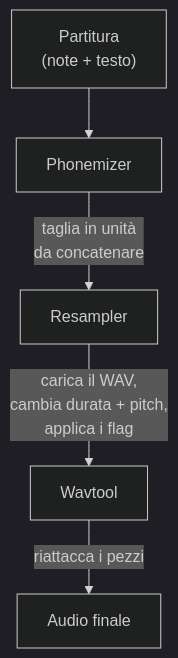
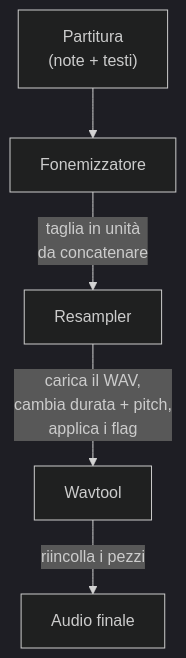
One commit to fox3000foxy/fox3000foxy.github.io changed the second of 2 diagrams in public/articles/it/utau.md. Above: the diagram before and after it, drawn with Mermaid (dark theme). The commit also changed other lines of this file and 576 other files, not shown here.

````diff
--- a/public/articles/it/utau.md
+++ b/public/articles/it/utau.md
@@ -118,7 +118,7 @@
 ```mermaid
 flowchart TD
-    A["Partitura<br/>(note + testo)"] --> B[Phonemizer]
+    A["Partitura<br/>(note + testi)"] --> B[Fonemizzatore]
     B -->|"taglia in unità<br/>da concatenare"| C[Resampler]
     C -->|"carica il WAV,<br/>cambia durata + pitch,<br/>applica i flag"| D[Wavtool]
-    D -->|"riattacca i pezzi"| E["Audio finale"]
+    D -->|"riincolla i pezzi"| E["Audio finale"]
 ```
````
